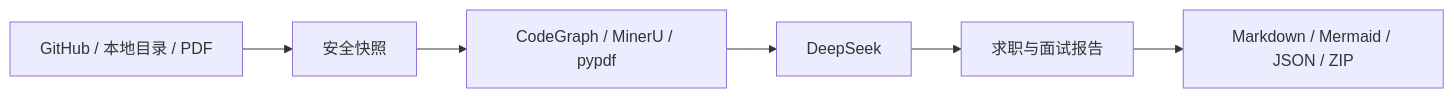
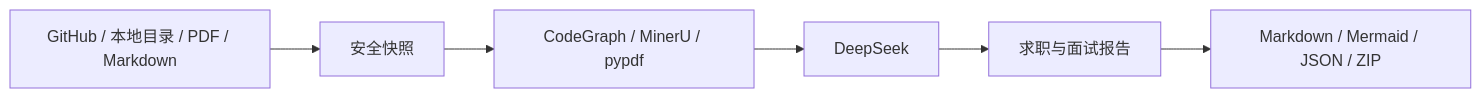
Before and after one commit to tingfeng347/repo2career: the diagram in README.md, drawn with Mermaid. The commit also changed other lines of this file and 4 other files, not shown here.

````diff
--- a/README.md
+++ b/README.md
@@ -31,8 +32,8 @@
 ```mermaid
 flowchart LR
-    Source[GitHub / 本地目录 / PDF] --> Ingest[安全快照]
+    Source[GitHub / 本地目录 / PDF / Markdown] --> Ingest[安全快照]
     Ingest --> Evidence[CodeGraph / MinerU / pypdf]
     Evidence --> Reason[DeepSeek]
     Reason --> Report[求职与面试报告]
     Report --> Bundle[Markdown / Mermaid / JSON / ZIP]
 ```
````
